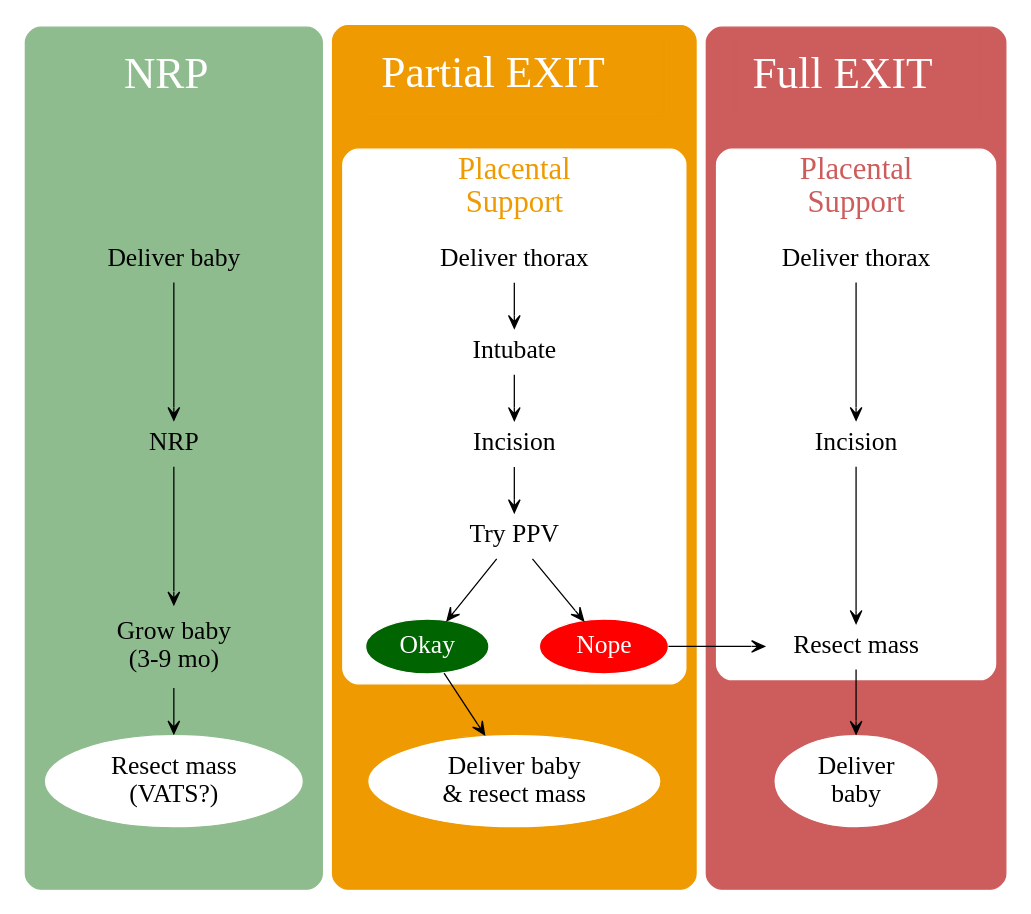
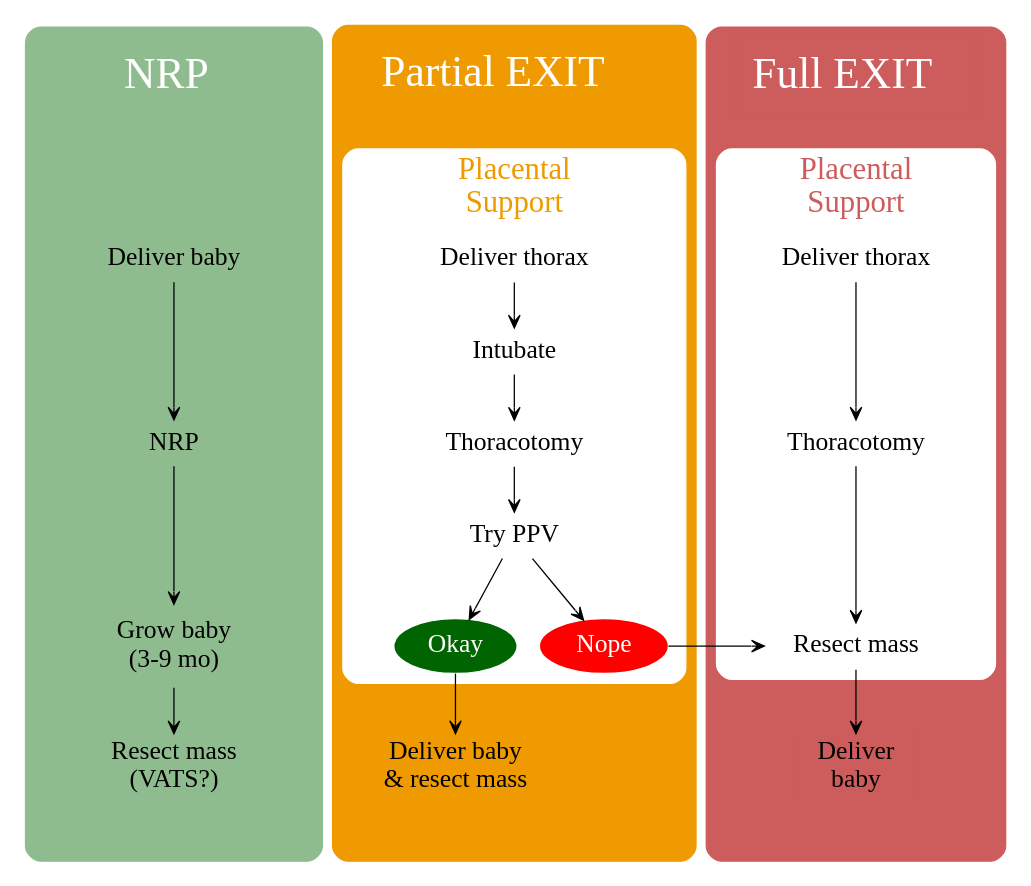
Before and after one commit to mdtsandman/CLO: the diagram in texas.dot, drawn with Graphviz. The commit also changed 5 other files, not shown here.

```diff
--- a/texas.dot
+++ b/texas.dot
@@ -1,125 +1,125 @@
 digraph Texas {
 
 newrank=true;
 rankdir=TB;
 compound=true;
 center=true;
 
 node [fontsize=20];
 edge [arrowhead=vee];
 
 subgraph clusterNRP {
 
 	label=<<TABLE CELLPADDING="12"><TR><TD>NRP</TD></TR></TABLE>>;
 	fontsize=34;
 	fontcolor="white";
 	style="rounded";	
 	color=darkseagreen;
 	bgcolor=darkseagreen;
 	
+//	node [shape=none fixedsize=true width=3 height=0.75 fontsize=20];
 	node [shape=box color=darkseagreen];
 
 	TopNRP [label="" shape=box fixedwidth=true width=3.0 height=0 style=invis];
 	StandardDelivery [label="Deliver baby"];
 	NRP [label=NRP];
 	Delay [label="Grow baby\n(3-9 mo)" height=0.9];
-	VATS [label="Resect mass\n(VATS?)" shape=ellipse style=filled fillcolor=white color=darkseagreen];
+	VATS [label="Resect mass\n(VATS?)" color=darkseagreen];
 	BottomNRP [label="" shape=point style=invis];
 	
 	TopNRP -> StandardDelivery [style=invis];
 	StandardDelivery -> NRP -> Delay -> VATS
 	VATS -> BottomNRP [style=invis];
 
 }
 
 subgraph clusterPartialEXIT {
 
 	label=<<TABLE CELLPADDING="12"><TR><TD>Partial EXIT</TD></TR></TABLE>>;
 	fontsize=34;
 	fontcolor="white";
 	style=rounded;
 	color= orange2;
 	bgcolor= orange2;
 
 	node [shape=box color=white];
 
 	TopExt [label="" shape=point style=invis];
 
 	subgraph clusterMFB {
 	
 		label="Placental\nSupport";
 		fontcolor=orange2;	
 		fontsize=24;
 		color=white;
 		bgcolor=white;
 
 		DeliverTop [label="Deliver thorax" fixedsize=true width=3.5];
 		ETT [label="Intubate"];
-		Cut [label="Incision"];
+		Cut [label="Thoracotomy"];
 		PPV [label="Try PPV"];
 		OK [label="Okay" shape=ellipse style=filled color=white fillcolor=darkgreen fontcolor=white];
 		Dummy [label="" shape=point style=invis];
 		Nope [label="Nope" shape=ellipse style=filled color=white fillcolor=red fontcolor=white];
 		DeliverTop -> ETT -> Cut -> PPV -> {Nope OK};
 
 	}
 
-	DeliverBottom [label="Deliver baby\n& resect mass" shape=ellipse style=filled fillcolor=white color=orange2];
+	DeliverBottom [label="Deliver baby\n& resect mass" color=orange2];
 	BottomExt [label="" shape=point style=invis];
 	
 	TopExt -> DeliverTop [style=invis];
 	OK -> DeliverBottom;
 	DeliverBottom -> BottomExt [style=invis];
 	
 }
 
 subgraph clusterFullEXIT {
 
 	label=<<TABLE CELLPADDING="12"><TR><TD>Full EXIT</TD></TR></TABLE>>;
 	fontsize=34;
 	fontcolor="white";
 	style=rounded;
 	color=indianred;
 	bgcolor=indianred;
 
 	node [shape=box color=white];
 	
 	TopEXIT [label="" shape=box fixedwidth=true width=3 height=0 style=invis];
 
 	subgraph clusterMFB2 {
 	
 		label="Placental\nSupport";
 		fontcolor=indianred;
 		fontsize=24;
 		color=white;
 		bgcolor=white;
 
 		DeliverTop2 [label="Deliver thorax" fixedsize=true width=2.8];
-		Cut2 [label="Incision"];
+		Cut2 [label="Thoracotomy"];
 		ResectMFB [label="Resect mass"];
 		DeliverTop2 -> Cut2 -> ResectMFB[weight=100];
 
 	}
 
-	DeliverBottom2 [label="Deliver\nbaby" shape=ellipse style=filled fillcolor=white color=indianred];
+	DeliverBottom2 [label="Deliver\nbaby" color=indianred];
 	BottomEXIT [label="" shape=point style=invis];
 	
 	TopEXIT -> DeliverTop2 [style=invis];
 	ResectMFB -> DeliverBottom2[weight=100];
 	DeliverBottom2 -> BottomEXIT [style=invis];
 
 }
 
 
 { rank=same TopNRP TopExt TopEXIT }
 { rank=same StandardDelivery DeliverTop DeliverTop2 }
 { rank=same NRP Cut Cut2 }
 { rank=same Delay OK Dummy Nope ResectMFB }
 { rank=same VATS DeliverBottom DeliverBottom2 }
 { rank=same BottomNRP BottomExt BottomEXIT }
 
 TopNRP -> TopExt -> TopEXIT [style=invis];
 Nope -> ResectMFB [constraint=false];
-PPV -> Dummy -> DeliverBottom [weight=10 style=invis];
 
 }
```
